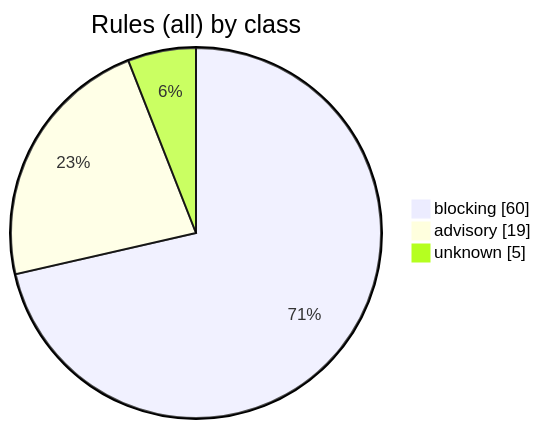
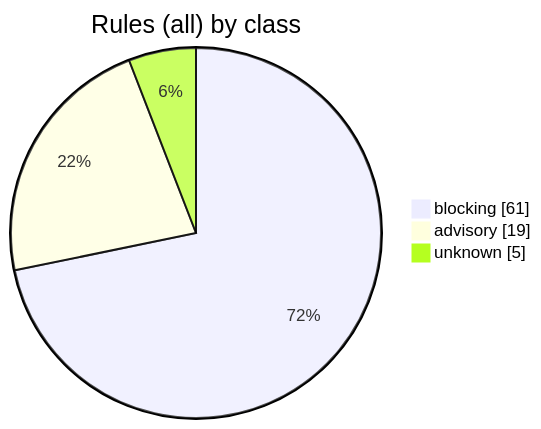
One commit to korczis/OpenTTD changed the diagram in .ai/repo/rules/README.md. Above: the diagram before and after it, drawn with Mermaid. The commit also changed other lines of this file and 11 other files, not shown here.

````diff
--- a/.ai/repo/rules/README.md
+++ b/.ai/repo/rules/README.md
@@ -106,7 +106,7 @@
 ```mermaid
 pie showData title Rules (all) by class
     %% links: README.md?col=Class&filter=blocking#in-this-repository | README.md?col=Class&filter=advisory#in-this-repository | README.md?col=Class&filter=#in-this-repository
-    "blocking" : 60
+    "blocking" : 61
     "advisory" : 19
     "unknown" : 5
 ```
````
